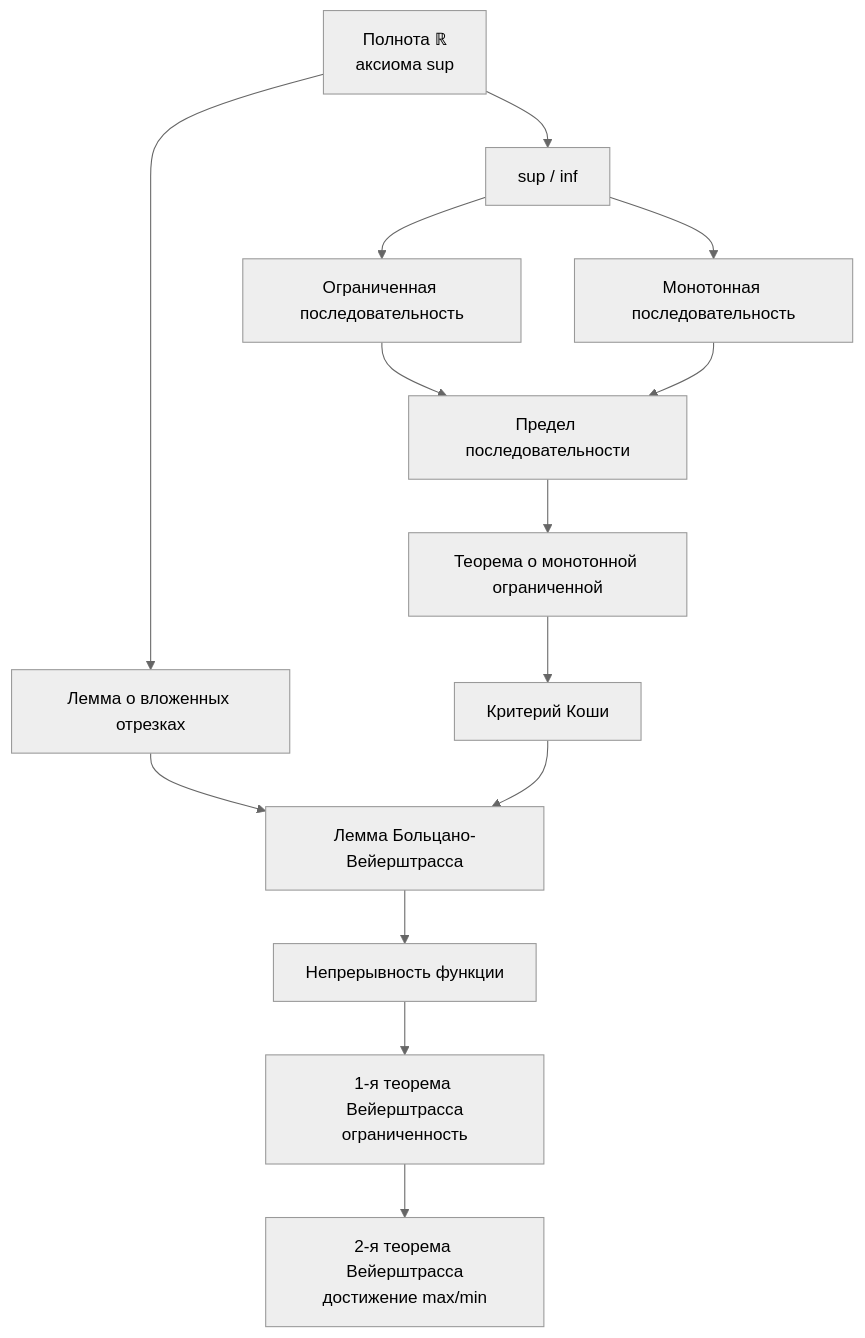
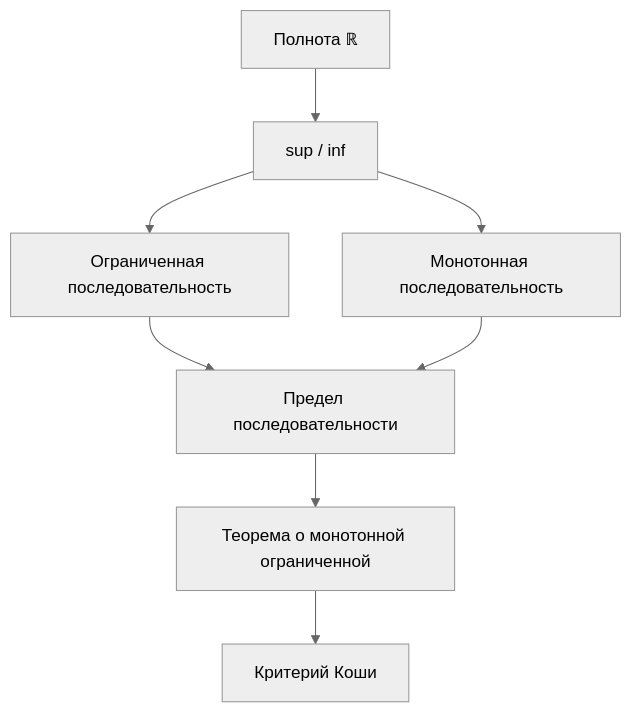
The diagram in 00_Roadmap.md (MrFl0x/MathAnalVault), drawn with Mermaid (neutral theme) before and after one commit. The commit also changed other lines of this file and 1 other file, not shown here.

Commit message:
Add polished completeness and supremum note + update roadmap

````diff
--- a/00_Roadmap.md
+++ b/00_Roadmap.md
@@ -14,16 +10,10 @@
 ```mermaid
 graph TD
-    A[Полнота ℝ<br/>аксиома sup] --> B[sup / inf]
+    A[Полнота ℝ] --> B[sup / inf]
     B --> C[Ограниченная последовательность]
     B --> D[Монотонная последовательность]
     C --> E[Предел последовательности]
     D --> E
     E --> F[Теорема о монотонной ограниченной]
     F --> G[Критерий Коши]
-    A --> H[Лемма о вложенных отрезках]
-    H --> I[Лемма Больцано-Вейерштрасса]
-    G --> I
-    I --> J[Непрерывность функции]
-    J --> K[1-я теорема Вейерштрасса<br/>ограниченность]
-    K --> L[2-я теорема Вейерштрасса<br/>достижение max/min]
 ```
````
